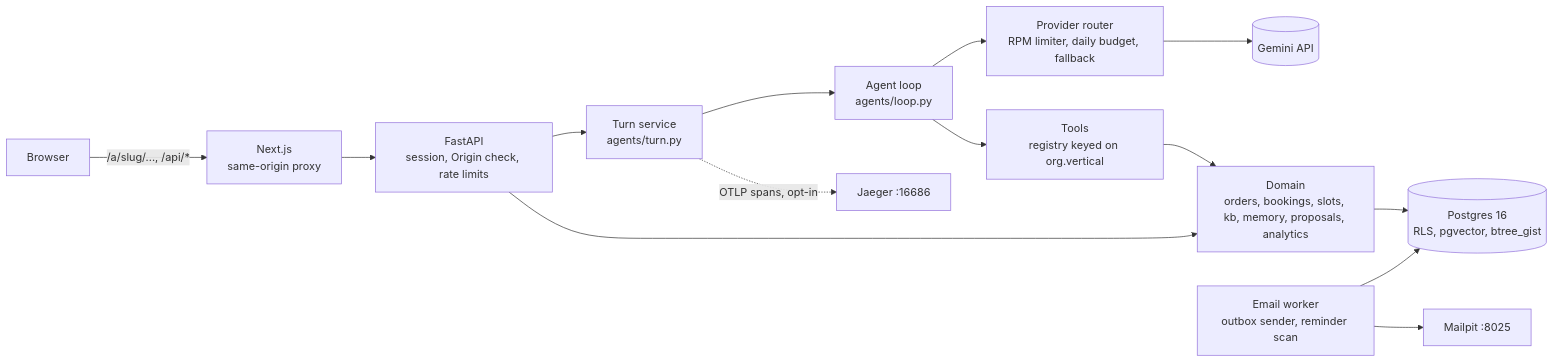
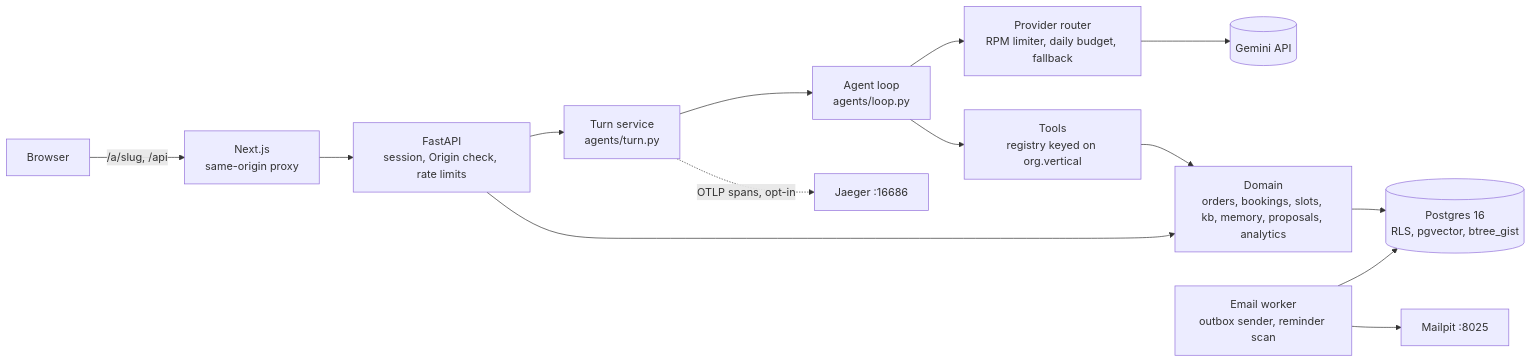
One commit to AditiChaudharyy14/multitenant-agent-platform changed the diagram in README.md. Above: the diagram before and after it, drawn with Mermaid.

Commit message:
docs: quote diagram labels so GitHub renders it

````diff
--- a/README.md
+++ b/README.md
@@ -93,16 +93,16 @@
 ```mermaid
 flowchart LR
-  B[Browser] -->|/a/slug/..., /api/*| N[Next.js<br/>same-origin proxy]
-  N --> F[FastAPI<br/>session, Origin check, rate limits]
-  F --> T[Turn service<br/>agents/turn.py]
-  T --> L[Agent loop<br/>agents/loop.py]
-  L --> P[Provider router<br/>RPM limiter, daily budget, fallback]
-  P --> G[(Gemini API)]
-  L --> TL[Tools<br/>registry keyed on org.vertical]
-  TL --> D[Domain<br/>orders, bookings, slots, kb, memory, proposals, analytics]
-  D --> PG[(Postgres 16<br/>RLS, pgvector, btree_gist)]
+  B["Browser"] -->|"/a/slug, /api"| N["Next.js<br/>same-origin proxy"]
+  N --> F["FastAPI<br/>session, Origin check, rate limits"]
+  F --> T["Turn service<br/>agents/turn.py"]
+  T --> L["Agent loop<br/>agents/loop.py"]
+  L --> P["Provider router<br/>RPM limiter, daily budget, fallback"]
+  P --> G[("Gemini API")]
+  L --> TL["Tools<br/>registry keyed on org.vertical"]
+  TL --> D["Domain<br/>orders, bookings, slots, kb, memory, proposals, analytics"]
+  D --> PG[("Postgres 16<br/>RLS, pgvector, btree_gist")]
   F --> D
-  W[Email worker<br/>outbox sender, reminder scan] --> PG
-  W --> M[Mailpit :8025]
-  T -. OTLP spans, opt-in .-> J[Jaeger :16686]
+  W["Email worker<br/>outbox sender, reminder scan"] --> PG
+  W --> M["Mailpit :8025"]
+  T -.->|"OTLP spans, opt-in"| J["Jaeger :16686"]
 ```
````
